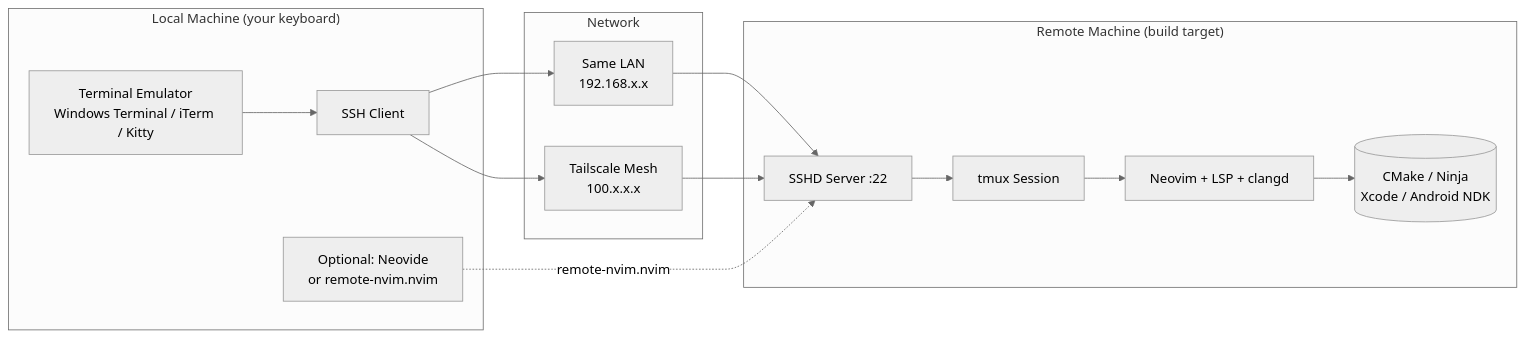
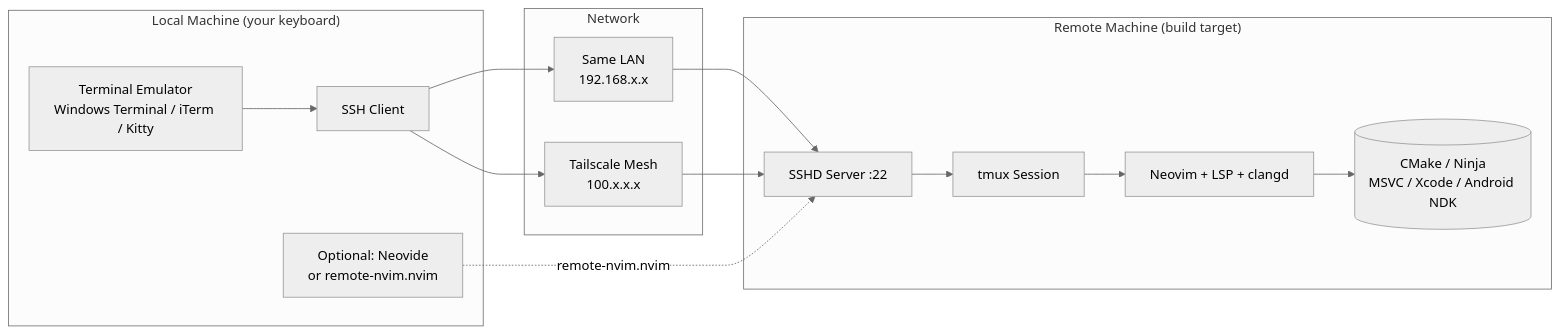
Before and after one commit to e-gleba/nvim-config: the first of 2 diagrams in docs/remote_development_master_guide.md, drawn with Mermaid (neutral theme). The commit also changed other lines of this file, not shown here.

````diff
--- a/docs/remote_development_master_guide.md
+++ b/docs/remote_development_master_guide.md
@@ -43,26 +43,26 @@
 ```mermaid
 flowchart LR
     subgraph Local["Local Machine (your keyboard)"]
         Term[Terminal Emulator<br/>Windows Terminal / iTerm / Kitty]
         SSHC[SSH Client]
         OptUI[Optional: Neovide<br/>or remote-nvim.nvim]
     end
 
     subgraph Network["Network"]
         LAN["Same LAN<br/>192.168.x.x"]
         TS["Tailscale Mesh<br/>100.x.x.x"]
     end
 
     subgraph Remote["Remote Machine (build target)"]
         SSHD[SSHD Server :22]
         TMUX[tmux Session]
         NVIM[Neovim + LSP + clangd]
-        BUILD[(CMake / Ninja<br/>Xcode / Android NDK)]
+        BUILD[(CMake / Ninja<br/>MSVC / Xcode / Android NDK)]
     end
 
     Term --> SSHC
     SSHC --> LAN --> SSHD
     SSHC --> TS --> SSHD
     SSHD --> TMUX --> NVIM --> BUILD
     OptUI -.->|remote-nvim.nvim| SSHD
 ```
````
